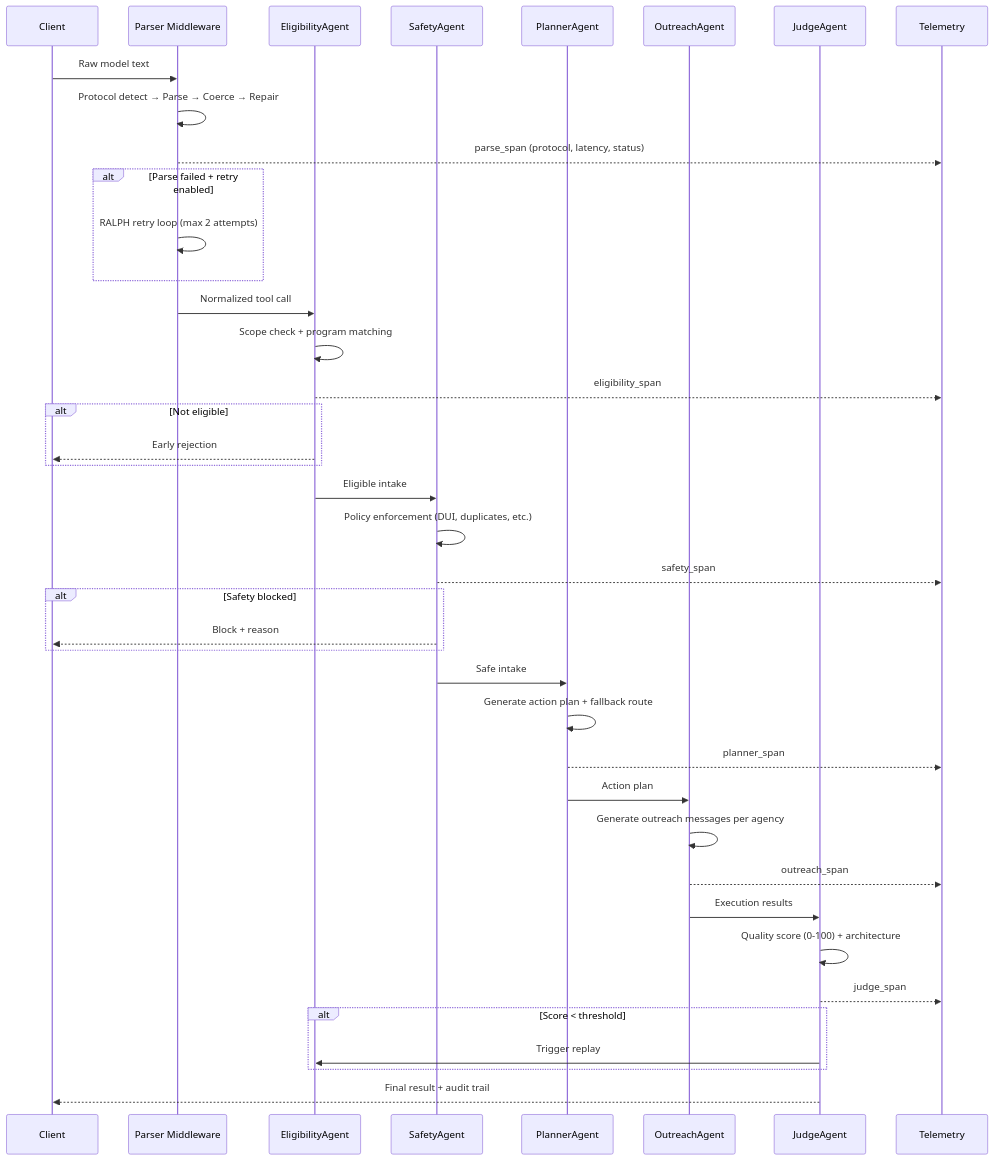
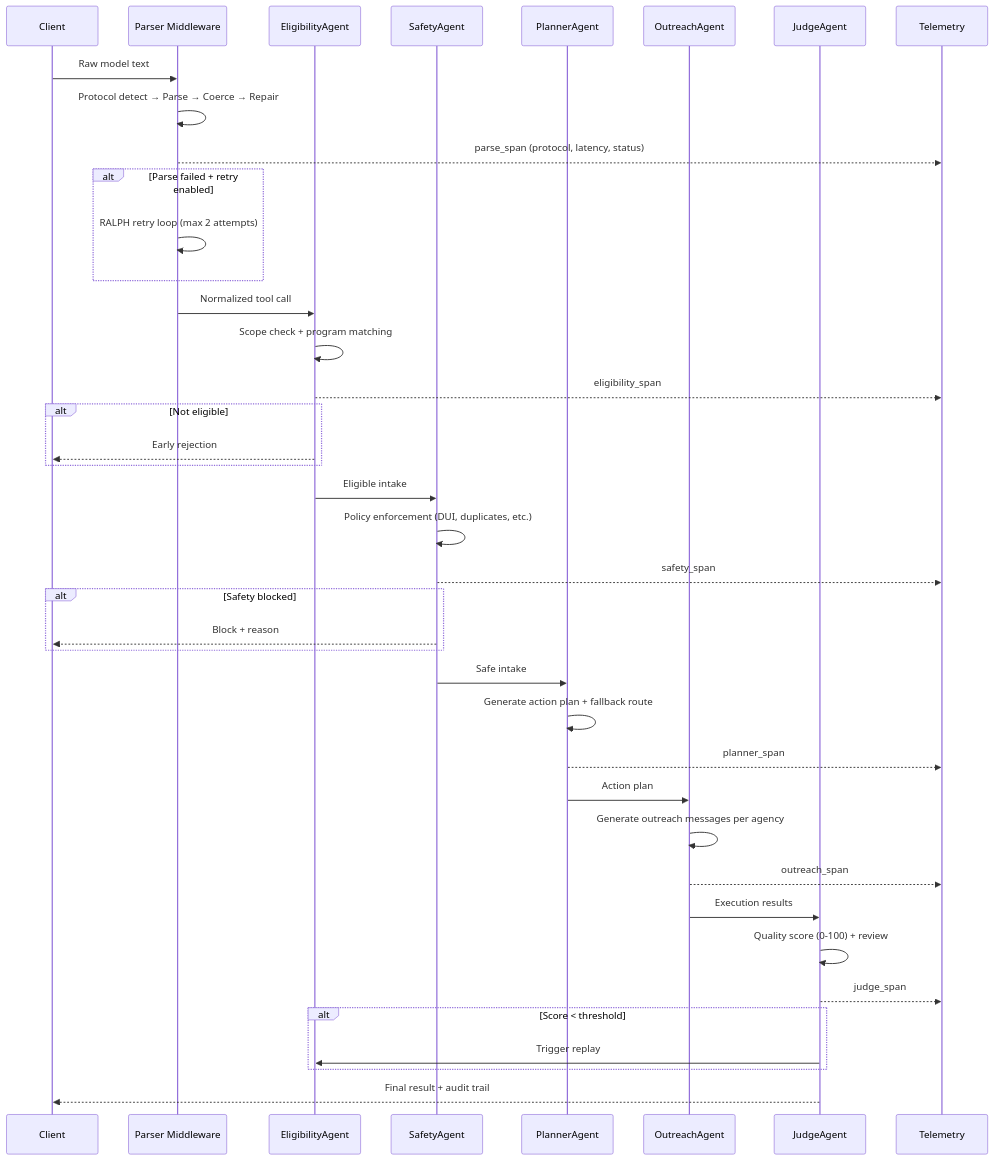
Before and after one commit to KIM3310/stage-pilot: the second of 2 diagrams in README.md, drawn with Mermaid. The commit also changed other lines of this file and 41 other files, not shown here.

````diff
--- a/README.md
+++ b/README.md
@@ -124,53 +124,53 @@
 ```mermaid
 sequenceDiagram
     participant C as Client
     participant MW as Parser Middleware
     participant E as EligibilityAgent
     participant S as SafetyAgent
     participant P as PlannerAgent
     participant O as OutreachAgent
     participant J as JudgeAgent
     participant T as Telemetry
 
     C->>MW: Raw model text
     MW->>MW: Protocol detect → Parse → Coerce → Repair
     MW-->>T: parse_span (protocol, latency, status)
 
     alt Parse failed + retry enabled
         MW->>MW: RALPH retry loop (max 2 attempts)
     end
 
     MW->>E: Normalized tool call
     E->>E: Scope check + program matching
     E-->>T: eligibility_span
 
     alt Not eligible
         E-->>C: Early rejection
     end
 
     E->>S: Eligible intake
     S->>S: Policy enforcement (DUI, duplicates, etc.)
     S-->>T: safety_span
 
     alt Safety blocked
         S-->>C: Block + reason
     end
 
     S->>P: Safe intake
     P->>P: Generate action plan + fallback route
     P-->>T: planner_span
 
     P->>O: Action plan
     O->>O: Generate outreach messages per agency
     O-->>T: outreach_span
 
     O->>J: Execution results
-    J->>J: Quality score (0-100) + architecture
+    J->>J: Quality score (0-100) + review
     J-->>T: judge_span
 
     alt Score < threshold
         J->>E: Trigger replay
     end
 
     J-->>C: Final result + audit trail
 ```
````
